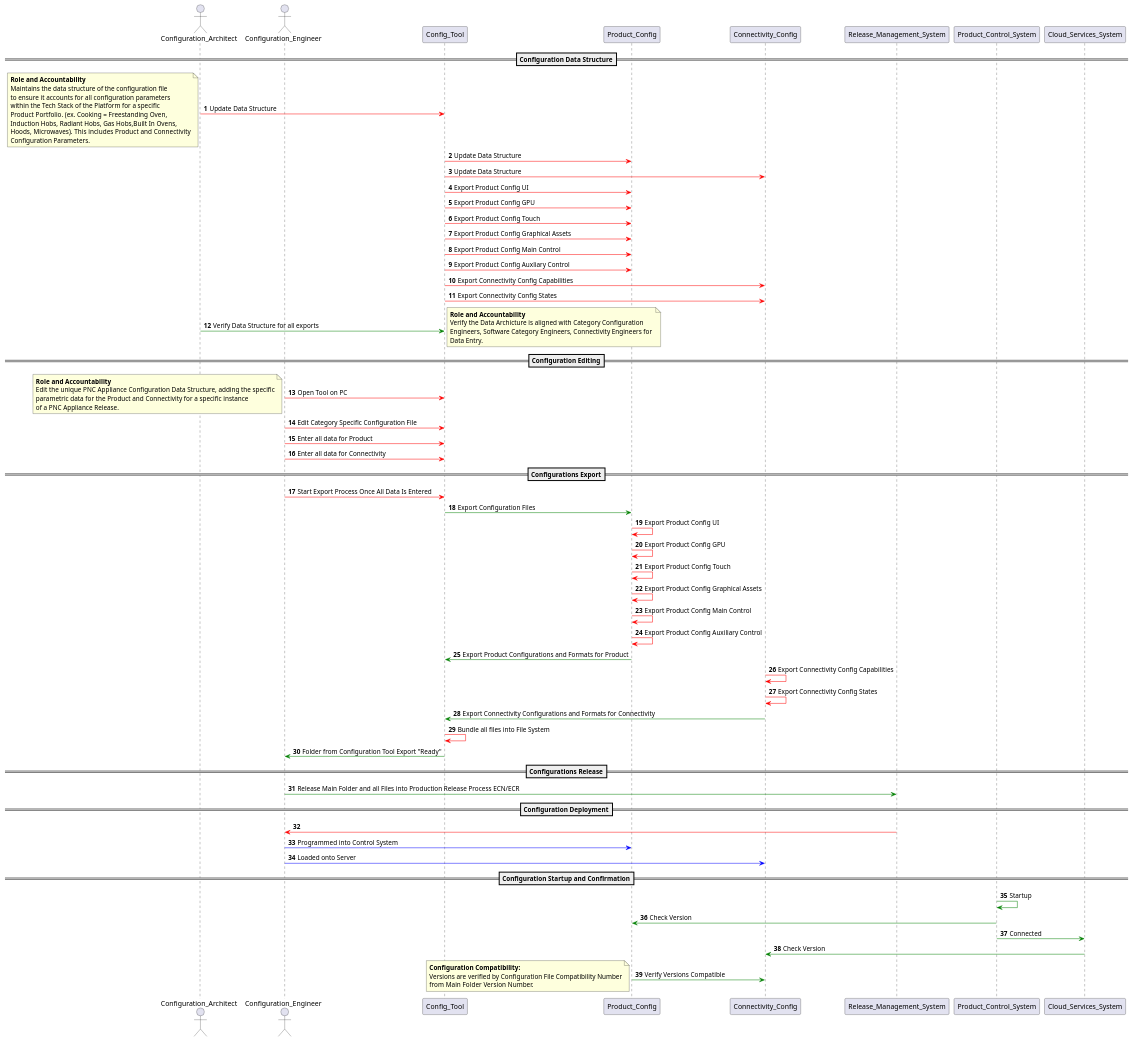
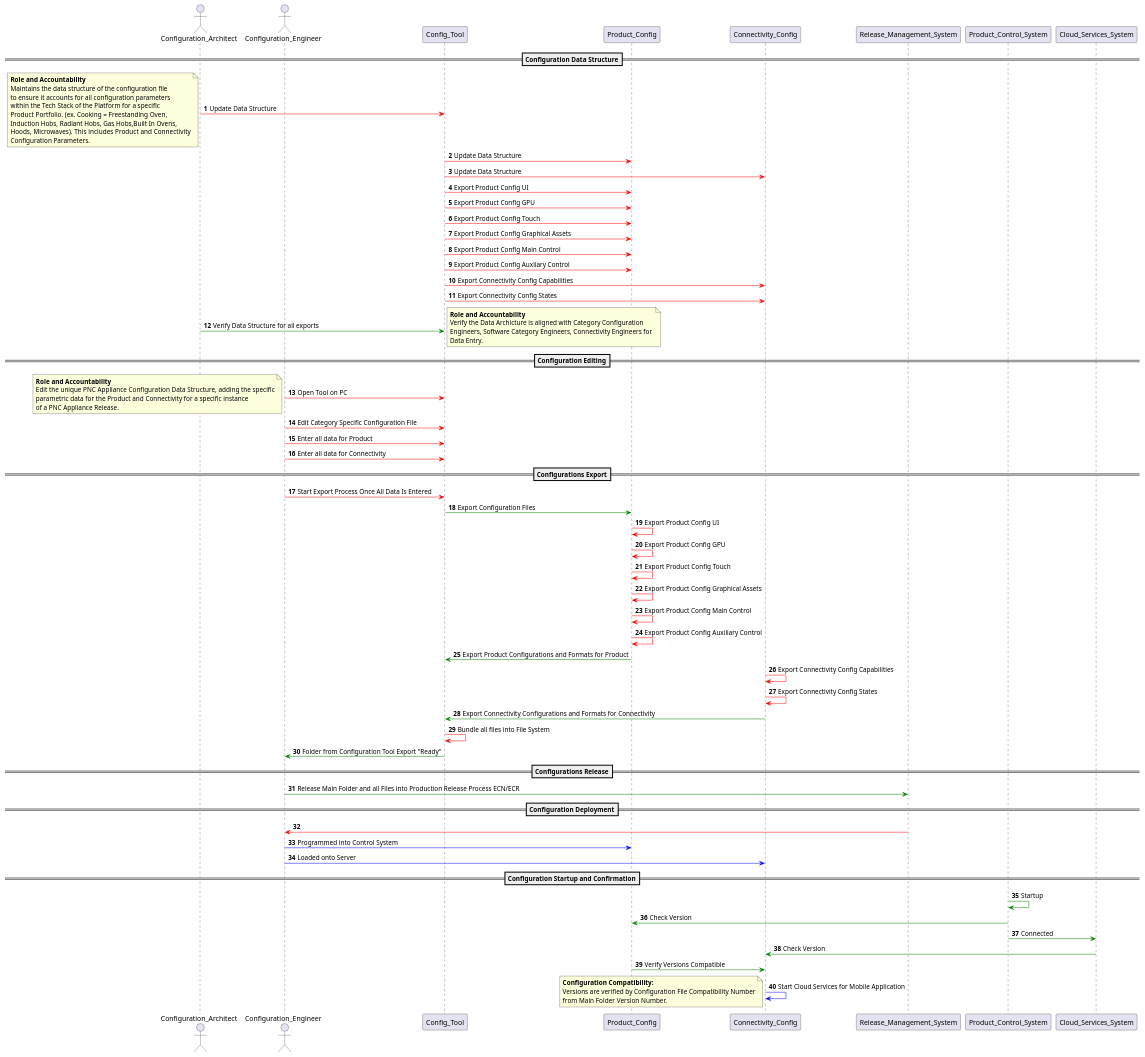
One commit to wjelston/wallaceelston.github.io changed the diagram in configurations_and_capabilities/document_formats/config_process.wsd. Above: the diagram before and after it, drawn with PlantUML. The commit also changed 1 other file, not shown here.

Commit message:
Config
Updated Cloud Services startup after Confirmation

```diff
--- a/configurations_and_capabilities/document_formats/config_process.wsd
+++ b/configurations_and_capabilities/document_formats/config_process.wsd
@@ -1,95 +1,96 @@
 @startuml configuration_process
 
 
     autonumber
     actor Configuration_Architect
     actor Configuration_Engineer
 
     ==Configuration Data Structure==
 
     Configuration_Architect -[#red]> Config_Tool : Update Data Structure
     note left 
     **Role and Accountability**
     Maintains the data structure of the configuration file
     to ensure it accounts for all configuration parameters 
     within the Tech Stack of the Platform for a specific 
     Product Portfolio. (ex. Cooking = Freestanding Oven, 
     Induction Hobs, Radiant Hobs, Gas Hobs,Built In Ovens, 
     Hoods, Microwaves).  This includes Product and Connectivity
     Configuration Parameters.
     end note
 
     Config_Tool -[#red]> Product_Config : Update Data Structure
     Config_Tool -[#red]> Connectivity_Config : Update Data Structure
     Config_Tool -[#red]> Product_Config: Export Product Config UI
     Config_Tool -[#red]> Product_Config: Export Product Config GPU
     Config_Tool -[#red]> Product_Config: Export Product Config Touch
     Config_Tool -[#red]> Product_Config: Export Product Config Graphical Assets
     Config_Tool -[#red]> Product_Config: Export Product Config Main Control
     Config_Tool -[#red]> Product_Config: Export Product Config Auxliary Control
     Config_Tool -[#red]> Connectivity_Config: Export Connectivity Config Capabilities
     Config_Tool -[#red]> Connectivity_Config: Export Connectivity Config States
     Configuration_Architect -[#Green]> Config_Tool: Verify Data Structure for all exports
     note right
     **Role and Accountability**
     Verify the Data Archicture is aligned with Category Configuration
     Engineers, Software Category Engineers, Connectivity Engineers for 
     Data Entry.
     end note
 
     ==Configuration Editing==
 
     Configuration_Engineer -[#red]> Config_Tool : Open Tool on PC
     note left
     **Role and Accountability**
     Edit the unique PNC Appliance Configuration Data Structure, adding the specific
     parametric data for the Product and Connectivity for a specific instance
     of a PNC Appliance Release.
     end note
     Configuration_Engineer -[#red]> Config_Tool : Edit Category Specific Configuration File
     Configuration_Engineer -[#red]> Config_Tool : Enter all data for Product
     Configuration_Engineer -[#red]> Config_Tool : Enter all data for Connectivity
 
     ==Configurations Export==
 
     Configuration_Engineer -[#red]> Config_Tool : Start Export Process Once All Data Is Entered
     Config_Tool -[#Green]> Product_Config: Export Configuration Files
     Product_Config -[#red]> Product_Config: Export Product Config UI
     Product_Config -[#red]> Product_Config: Export Product Config GPU
     Product_Config -[#red]> Product_Config: Export Product Config Touch
     Product_Config -[#red]> Product_Config: Export Product Config Graphical Assets
     Product_Config -[#red]> Product_Config: Export Product Config Main Control
     Product_Config -[#red]> Product_Config: Export Product Config Auxiliary Control
     Product_Config -[#green]> Config_Tool: Export Product Configurations and Formats for Product
     Connectivity_Config -[#red]> Connectivity_Config: Export Connectivity Config Capabilities
     Connectivity_Config -[#red]> Connectivity_Config: Export Connectivity Config States
     Connectivity_Config -[#green]> Config_Tool: Export Connectivity Configurations and Formats for Connectivity
     Config_Tool -[#red]> Config_Tool: Bundle all files into File System
     Config_Tool -[#Green]> Configuration_Engineer: Folder from Configuration Tool Export "Ready"
     
     ==Configurations Release==
     
     Configuration_Engineer -[#Green]> Release_Management_System: Release Main Folder and all Files into Production Release Process ECN/ECR
     
     ==Configuration Deployment==
 
     Release_Management_System -[#red]> Configuration_Engineer
     Configuration_Engineer -[#blue]> Product_Config: Programmed into Control System
     Configuration_Engineer -[#blue]> Connectivity_Config: Loaded onto Server
 
     ==Configuration Startup and Confirmation==
 
     Product_Control_System -[#Green]> Product_Control_System: Startup
     Product_Control_System -[#Green]> Product_Config: Check Version
     Product_Control_System -[#Green]> Cloud_Services_System: Connected
     Cloud_Services_System -[#Green]> Connectivity_Config: Check Version 
     Product_Config -[#Green]> Connectivity_Config: Verify Versions Compatible
+    Connectivity_Config -[#blue]> Connectivity_Config: Start Cloud Services for Mobile Application
 
 
     note left 
     **Configuration Compatibility:**
     Versions are verified by Configuration File Compatibility Number
     from Main Folder Version Number.
     end note
     
 @enduml
```
